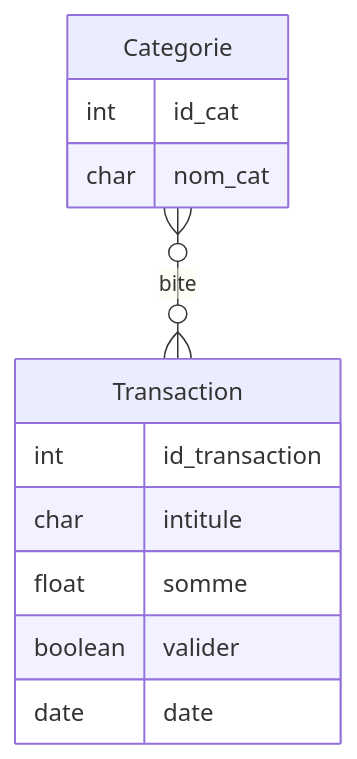
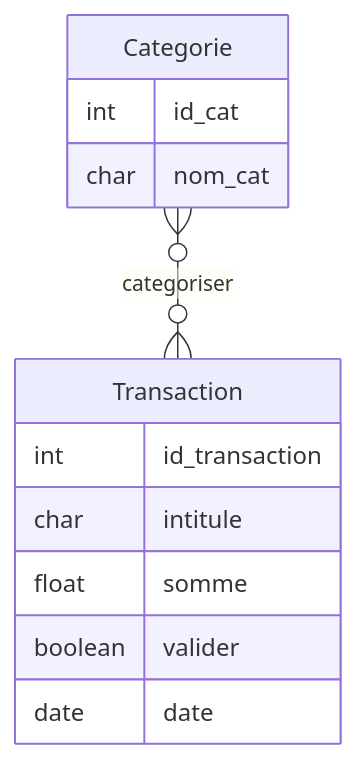
Before and after one commit to ttherezien/BankProject: the diagram in README.md, drawn with Mermaid.

````diff
--- a/README.md
+++ b/README.md
@@ -3,21 +3,21 @@
 ```mermaid
 
 erDiagram 
     Transaction{
         int id_transaction 
         char intitule 
         float somme
         boolean valider
         date date
     }
 
     Categorie{
         int id_cat
         char nom_cat
     }
 
-    Categorie }o--o{Transaction : bite
+    Categorie }o--o{Transaction : categoriser
   
 
 
 ```
````
